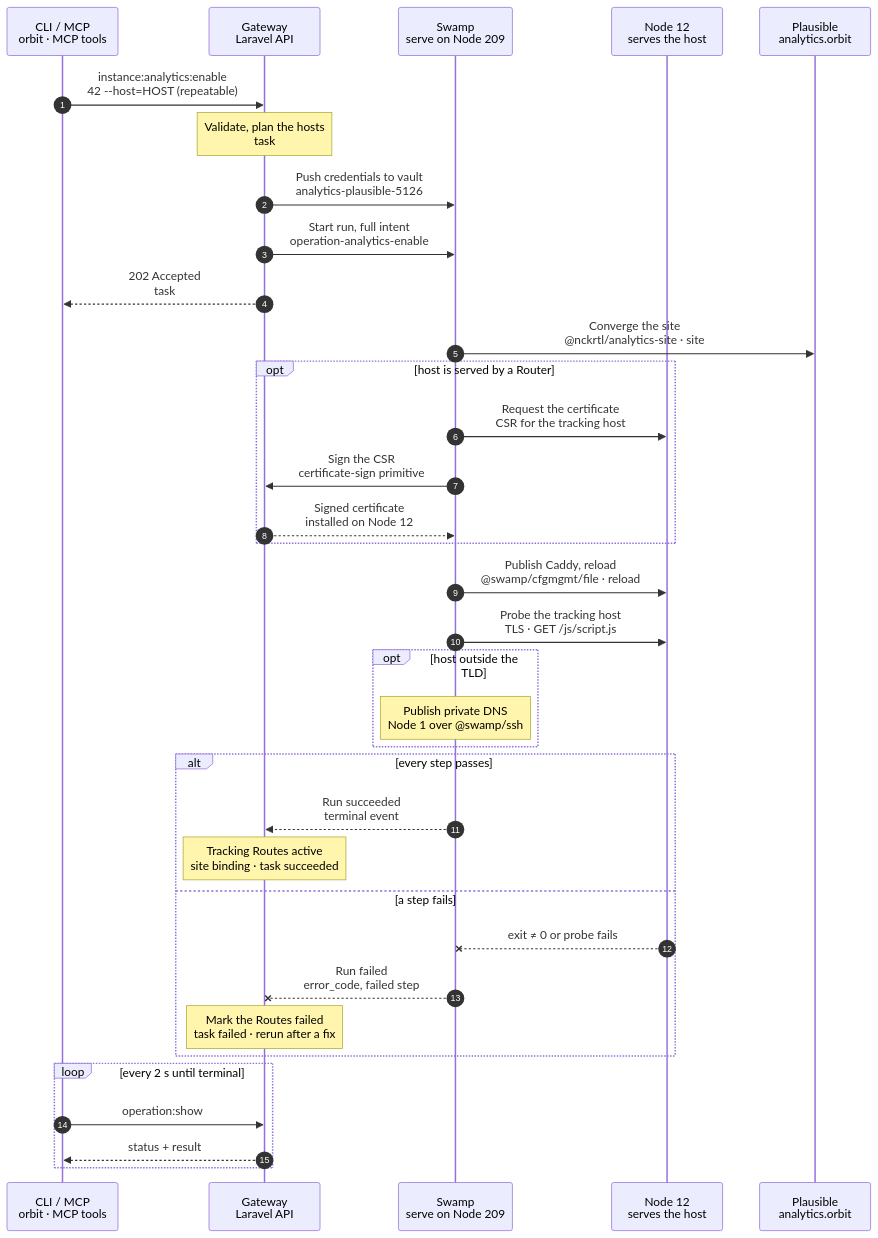
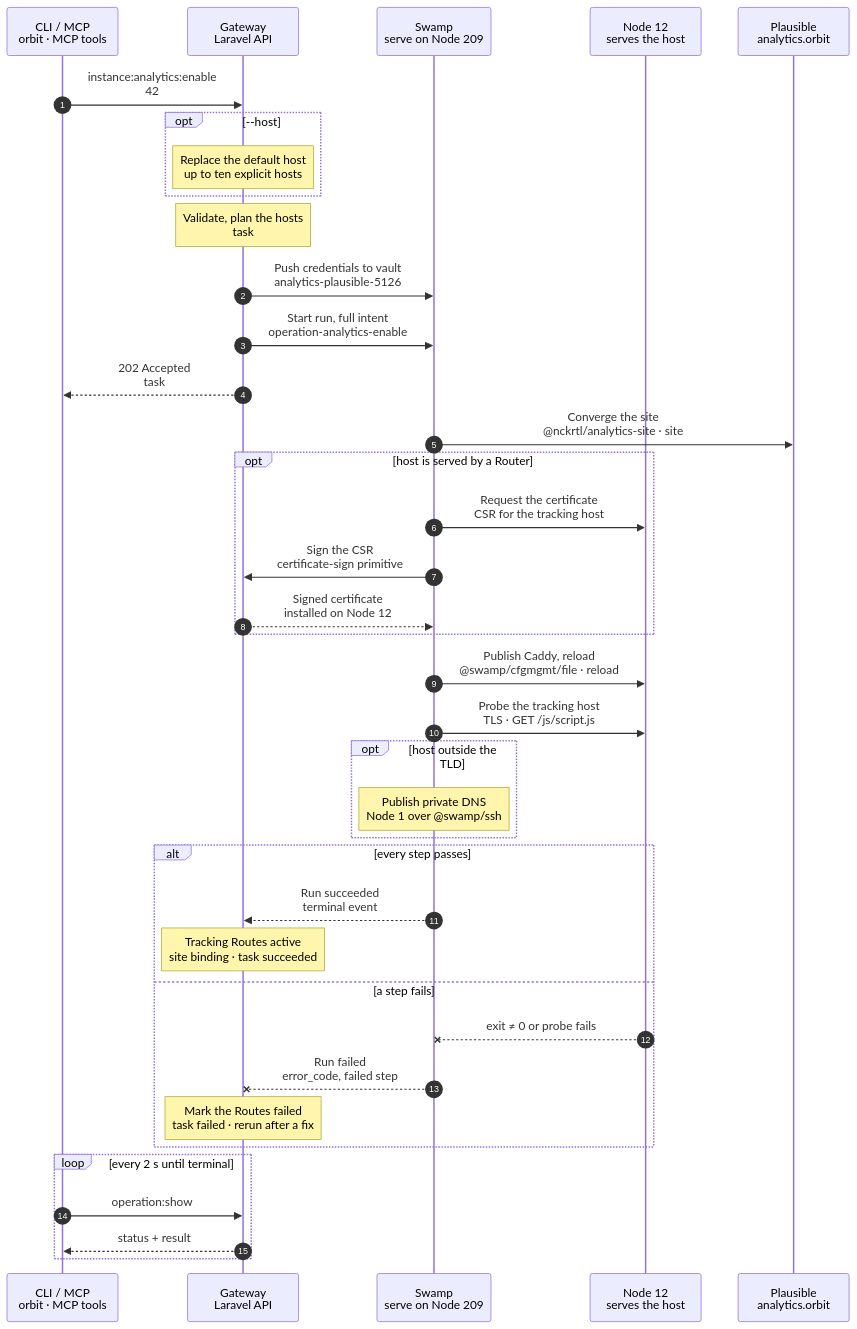
Before and after one commit to hardimpactdev/orbit: the diagram in docs/cli/instance/analytics-enable.mmd, drawn with Mermaid. The commit also changed 11 other files, not shown here.

```diff
--- a/docs/cli/instance/analytics-enable.mmd
+++ b/docs/cli/instance/analytics-enable.mmd
@@ -1,129 +1,135 @@
 sequenceDiagram
   %% Target design: ADR 0244 task, Recall analytics-plausible-via-swamp, DECISIONS 1 (cert signing), R2-R4. docs/reference/analytics.md.
   %% Tightened: flow-tighten 2026-11-02, rules 3, 22 (DNS only outside the TLD; cfgmgmt file for the Caddy sections).
   %% status: draft
   %% command: instance:analytics:enable
   %% kind: analytics.enable
   autonumber
   %% lane CLI icon=terminal pill=caller tone=gray
   %% lane GW icon=gateway pill=intent tone=blue
   %% lane SW icon=workflow pill=executes tone=green
   %% lane N icon=server pill=target tone=amber
   %% lane P icon=server pill=target tone=purple
   participant CLI as CLI / MCP<br/>orbit · MCP tools
   participant GW as Gateway<br/>Laravel API
   participant SW as Swamp<br/>serve on Node 209
   participant N as Node 12<br/>serves the host
   participant P as Plausible<br/>analytics.orbit
-  CLI->>GW: instance:analytics:enable<br/>42 --host=HOST (repeatable)
+  CLI->>GW: instance:analytics:enable<br/>42
   %%> Command:
-  %%> - `orbit instance:analytics:enable 42 --host=stats.shop.example.com`
+  %%> - `orbit instance:analytics:enable 42`
   %%> - syntax: `<instance> [--host=HOST]... [--json]`
   %%> Input:
   %%> - the Instance ID
   %%> - up to ten tracking hosts; without `--host`, `analytics.<instance domain>`
   %%> What it does:
   %%> - creates or updates the Instance's Plausible site, and publishes the tracking hosts
   %%> - sets the exact host set: hosts you leave out are removed
+  opt --host
+    Note over GW: Replace the default host<br/>up to ten explicit hosts
+    %%> What it changes:
+    %%> - uses the supplied exact host set instead of `analytics.<instance domain>`
+    %%> - removes existing tracking hosts omitted from that set
+  end
   Note over GW: Validate, plan the hosts<br/>task #5126 · Instance lock
   %%> Requirements:
   %%> - your Node has an access grant to Node 12
   %%> - a Node has the active `analytics` role (`analytics.role_missing`)
   %%> - Instance 42 serves a domain (`analytics.domain_required`)
   %%> - no other Route owns a named host (`analytics.host_taken`)
   %%> - no other analytics or Route change runs for Instance 42; the Gateway holds one lock
   %%> Builds:
   %%> - the site domain (the Instance's own domain), timezone and goals
   %%> - each host's tracking Route, copying the Node, Cluster and publication of the Instance's Route
   %%> - the Caddy sites, certificate requests and before state
   %%> Result:
   %%> - tracking Routes recorded as provisioning; task #5126 recorded with the full intent
   GW->>SW: Push credentials to vault<br/>analytics-plausible-5126
   %%> What it does:
   %%> - writes the Plausible login to the Swamp vault after commit (R3)
   %%> Why:
   %%> - the workflow gets only the vault key name, never the value
   GW->>SW: Start run, full intent<br/>operation-analytics-enable
   %%> What it does:
   %%> - starts one Swamp run on serve (Node 209)
   %%> Inputs:
   %%> - the site, goals, hosts, Caddy sites and certificate requests
   %%> - Node 12's address and SSH host keys; the SSH identity comes from the `swamp` role
   GW-->>CLI: 202 Accepted<br/>task #5126
   %%> What you get:
   %%> - the task number, at once
   %%> Next:
   %%> - the CLI follows the task with `operation:show`
   SW->>P: Converge the site<br/>@nckrtl/analytics-site · site
   %%> How:
   %%> - the behavior on Node 209 logs in at `https://analytics.orbit` over HTTP with the vault credentials
   %%> What it does:
   %%> - creates the site when it is missing, or updates it; never a duplicate
   %%> - sets the timezone and the requested goals, checks them, and logs out, also after a failure
   %%> Never:
   %%> - session cookies or tokens in outputs or files
   opt host is served by a Router
     SW->>N: Request the certificate<br/>CSR for the tracking host
     %%> When:
     %%> - only when Instance 42's Route is Cluster-scoped; then Node 12 is the Router
     %%> What it does:
     %%> - makes a key and a CSR on Node 12; the private key never leaves it
     %%> - public Ingress uses its own automatic public certificates
     SW->>GW: Sign the CSR<br/>certificate-sign primitive
     %%> Why a call to the Gateway:
     %%> - certificate signing is the one allowed step→Gateway call; the Orbit CA stays in the Gateway
     GW-->>SW: Signed certificate<br/>installed on Node 12
     %%> Returns:
     %%> - the signed certificate; Swamp installs it on Node 12
   end
   SW->>N: Publish Caddy, reload<br/>@swamp/cfgmgmt/file · reload
   %%> How:
   %%> - `@swamp/cfgmgmt/file` writes the tracking sections, which serve only `/js/*` and `/api/event`
   %%> What it does:
   %%> - adds a site per host that proxies only Plausible's script and event paths over WireGuard; every other path answers 404
   %%> - removes sites of hosts you left out; validates, then reloads Caddy without a restart
   SW->>N: Probe the tracking host<br/>TLS · GET /js/script.js
   %%> What it does:
   %%> - checks the host answers with a valid certificate and serves the script
   opt host outside the TLD
-  Note over SW: Publish private DNS<br/>Node 1 over @swamp/ssh
-  %%> When:
-  %%> - only for a tracking host outside the Cluster or Node TLD; private DNS answers the whole TLD, so a host inside it needs no record
-  %%> What it does:
-  %%> - publishes the hosts' private DNS records, waits the 31-second grace, then withdraws old placements
-  %%> Not included:
-  %%> - the public CNAME; `instance:analytics:show` names the record to create
-  %%> How:
-  %%> - over SSH from 209 to the VPN Node (Node 1), with the `swamp` role's key
+    Note over SW: Publish private DNS<br/>Node 1 over @swamp/ssh
+    %%> When:
+    %%> - only for a tracking host outside the Cluster or Node TLD; private DNS answers the whole TLD, so a host inside it needs no record
+    %%> What it does:
+    %%> - publishes the hosts' private DNS records, waits the 31-second grace, then withdraws old placements
+    %%> Not included:
+    %%> - the public CNAME; `instance:analytics:show` names the record to create
+    %%> How:
+    %%> - over SSH from 209 to the VPN Node (Node 1), with the `swamp` role's key
   end
   alt every step passes
     SW-->>GW: Run succeeded<br/>terminal event
     %%> How the Gateway learns it:
     %%> - its shared run reader sees the terminal event; Swamp never calls the Gateway
     Note over GW: Tracking Routes active<br/>site binding · task succeeded
     %%> Result:
     %%> - the tracking Routes become active; removed hosts' Routes are deleted
     %%> - the Plausible site binding is saved; task #5126 succeeds
   else a step fails
     N--xSW: exit ≠ 0 or probe fails
     %%> When:
     %%> - the Plausible call, a certificate, Caddy or the probe fails
     SW--xGW: Run failed<br/>error_code, failed step
     %%> The Gateway reads:
     %%> - which step failed and its public error code; never a Plausible response body
     Note over GW: Mark the Routes failed<br/>task failed · rerun after a fix
     %%> Result:
     %%> - the tracking Routes stay, marked failed; task #5126 fails
     %%> On the Node:
     %%> - a Plausible site already created stays; a rerun finds and reuses it
     %%> Retry:
     %%> - run the same command again; it converges the same site and hosts
   end
   loop every 2 s until terminal
     CLI->>GW: operation:show #5126
     %%> What it does:
     %%> - asks for the task's status every 2 seconds until it has ended
     GW-->>CLI: status + result
     %%> Returns:
     %%> - the current status, and the result once the task has ended
   end
```
